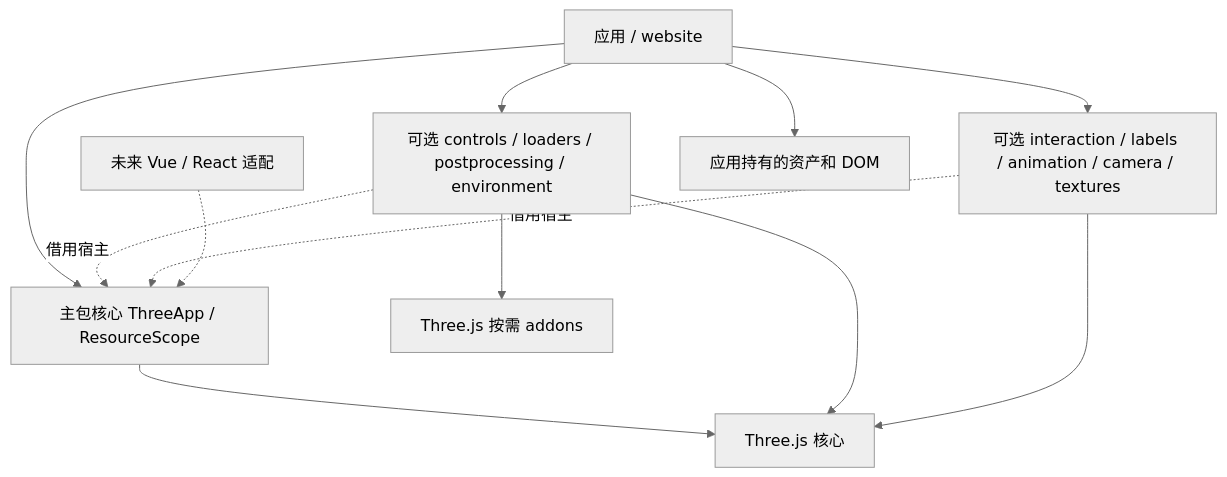
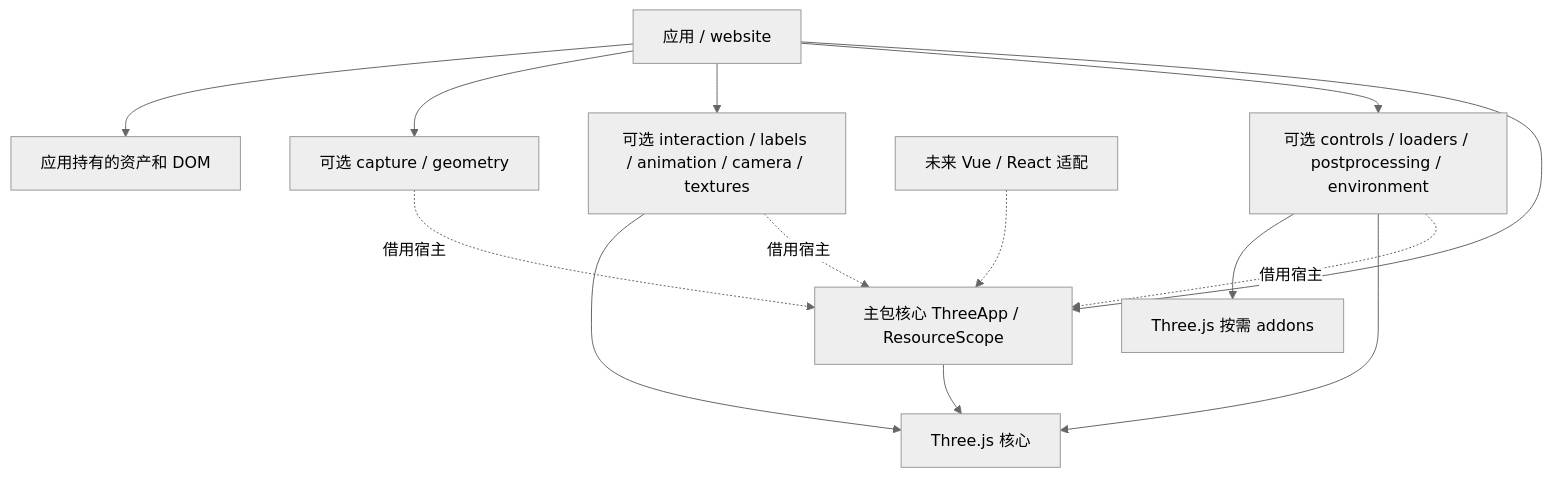
The diagram in docs/ARCHITECTURE.md (adui-studio/adui-three), drawn with Mermaid (neutral theme) before and after one commit. The commit also changed other lines of this file and 23 other files, not shown here.

````diff
--- a/docs/ARCHITECTURE.md
+++ b/docs/ARCHITECTURE.md
@@ -23,14 +23,16 @@
 ```mermaid
 flowchart TD
   App[应用 / website] --> Core[主包核心 ThreeApp / ResourceScope]
   App --> Native[可选 controls / loaders / postprocessing / environment]
   App --> Modules[可选 interaction / labels / animation / camera / textures]
+  App --> Tools[可选 capture / geometry]
   Native -. 借用宿主 .-> Core
   Modules -. 借用宿主 .-> Core
+  Tools -. 借用宿主 .-> Core
   Core --> Three[Three.js 核心]
   Native --> Three
   Native --> Addons[Three.js 按需 addons]
   Modules --> Three
   Adapter[未来 Vue / React 适配] -.-> Core
   App --> Assets[应用持有的资产和 DOM]
 ```
````
